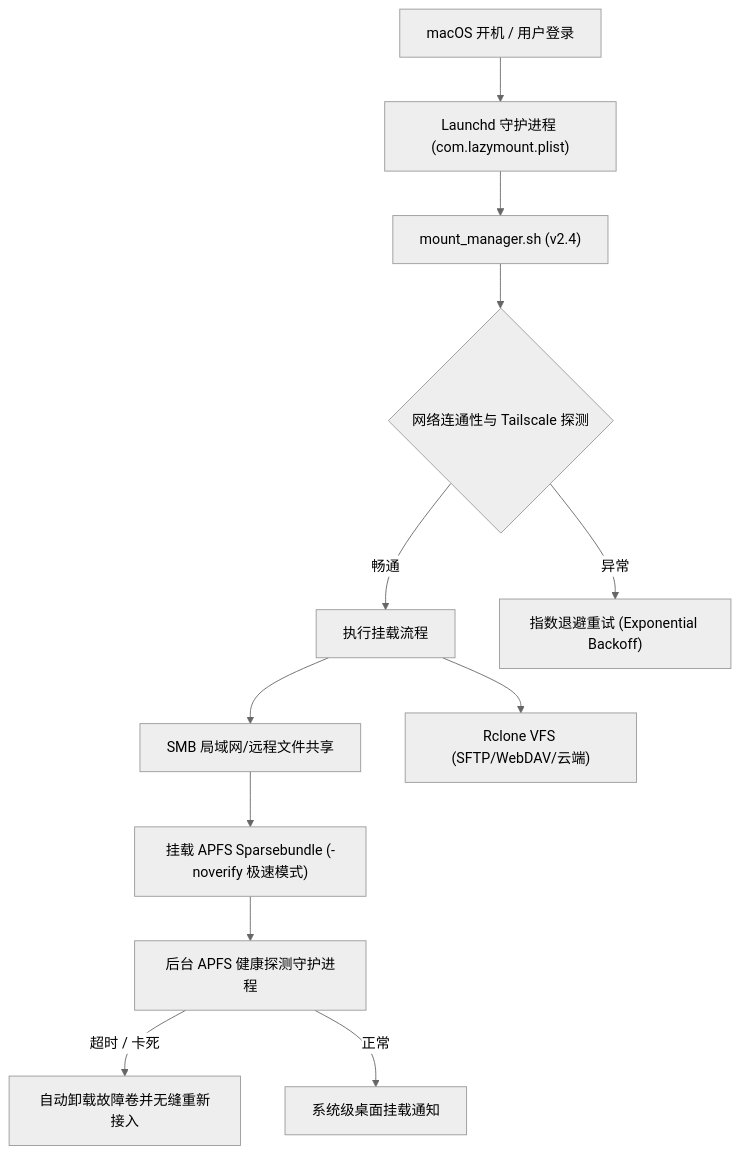
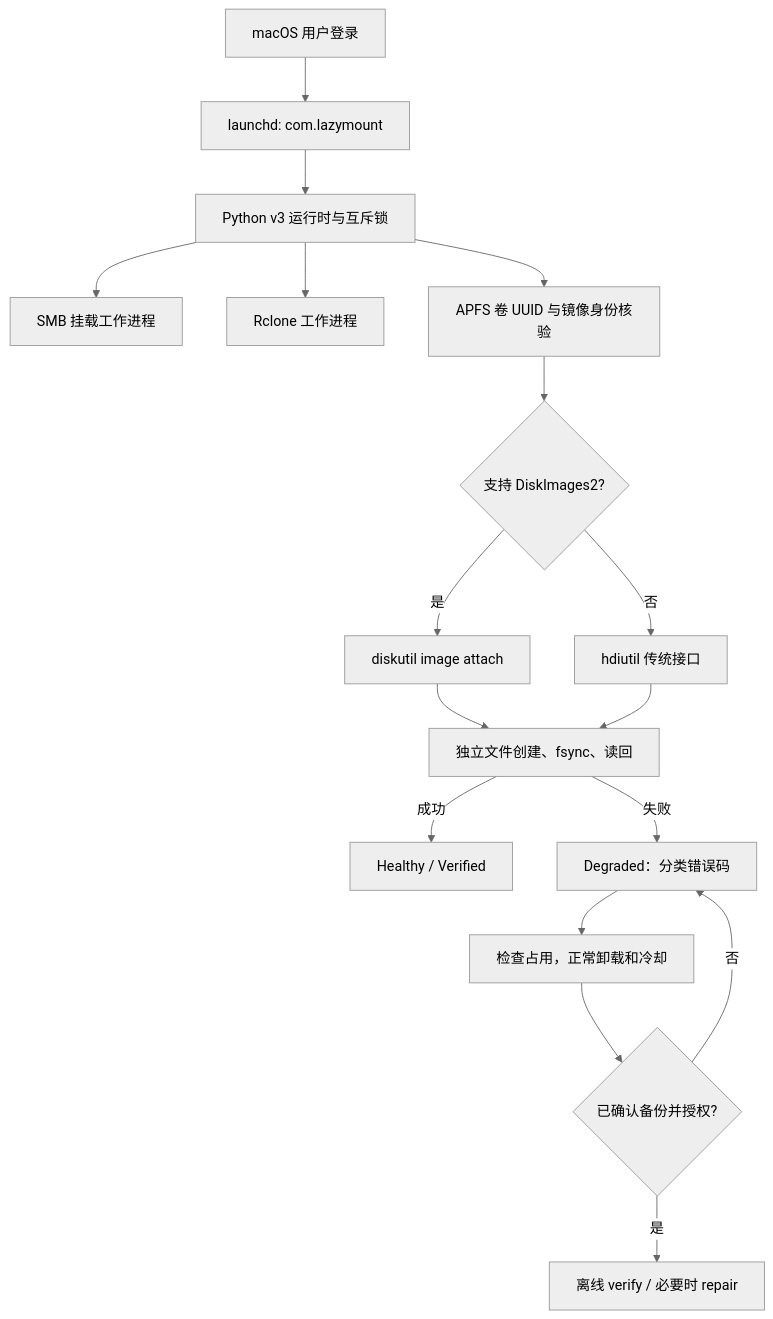
Before and after one commit to yuanweize/LazyMount-Mac: the diagram in README_CN.md, drawn with Mermaid (neutral theme). The commit also changed other lines of this file and 12 other files, not shown here.

Commit message:
fix(apfs): restore default ownership with DiskImages2 and document v3.0.2

````diff
--- a/README_CN.md
+++ b/README_CN.md
@@ -67,14 +74,19 @@
 ```mermaid
 graph TD
-    Boot["macOS 开机 / 用户登录"] --> Launchd["Launchd 守护进程 (com.lazymount.plist)"]
-    Launchd --> Script["mount_manager.sh (v2.4)"]
-    Script --> NetCheck{"网络连通性与 Tailscale 探测"}
-    NetCheck -- 畅通 --> Mounts["执行挂载流程"]
-    NetCheck -- 异常 --> Retry["指数退避重试 (Exponential Backoff)"]
-    Mounts --> SMB["SMB 局域网/远程文件共享"]
-    Mounts --> Rclone["Rclone VFS (SFTP/WebDAV/云端)"]
-    SMB --> APFS["挂载 APFS Sparsebundle (-noverify 极速模式)"]
-    APFS --> HealthMon["后台 APFS 健康探测守护进程"]
-    HealthMon -- 超时 / 卡死 --> AutoHeal["自动卸载故障卷并无缝重新接入"]
-    HealthMon -- 正常 --> Notify["系统级桌面挂载通知"]
+    Login["macOS 用户登录"] --> Agent["launchd: com.lazymount"]
+    Agent --> Runtime["Python v3 运行时与互斥锁"]
+    Runtime --> SMB["SMB 挂载工作进程"]
+    Runtime --> Rclone["Rclone 工作进程"]
+    Runtime --> APFS["APFS 卷 UUID 与镜像身份核验"]
+    APFS --> Backend{"支持 DiskImages2?"}
+    Backend -- 是 --> Modern["diskutil image attach"]
+    Backend -- 否 --> Legacy["hdiutil 传统接口"]
+    Modern --> Probe["独立文件创建、fsync、读回"]
+    Legacy --> Probe
+    Probe -- 成功 --> Healthy["Healthy / Verified"]
+    Probe -- 失败 --> Degraded["Degraded：分类错误码"]
+    Degraded --> Safe["检查占用，正常卸载和冷却"]
+    Safe --> Backup{"已确认备份并授权?"}
+    Backup -- 是 --> Aid["离线 verify / 必要时 repair"]
+    Backup -- 否 --> Degraded
 ```
````
